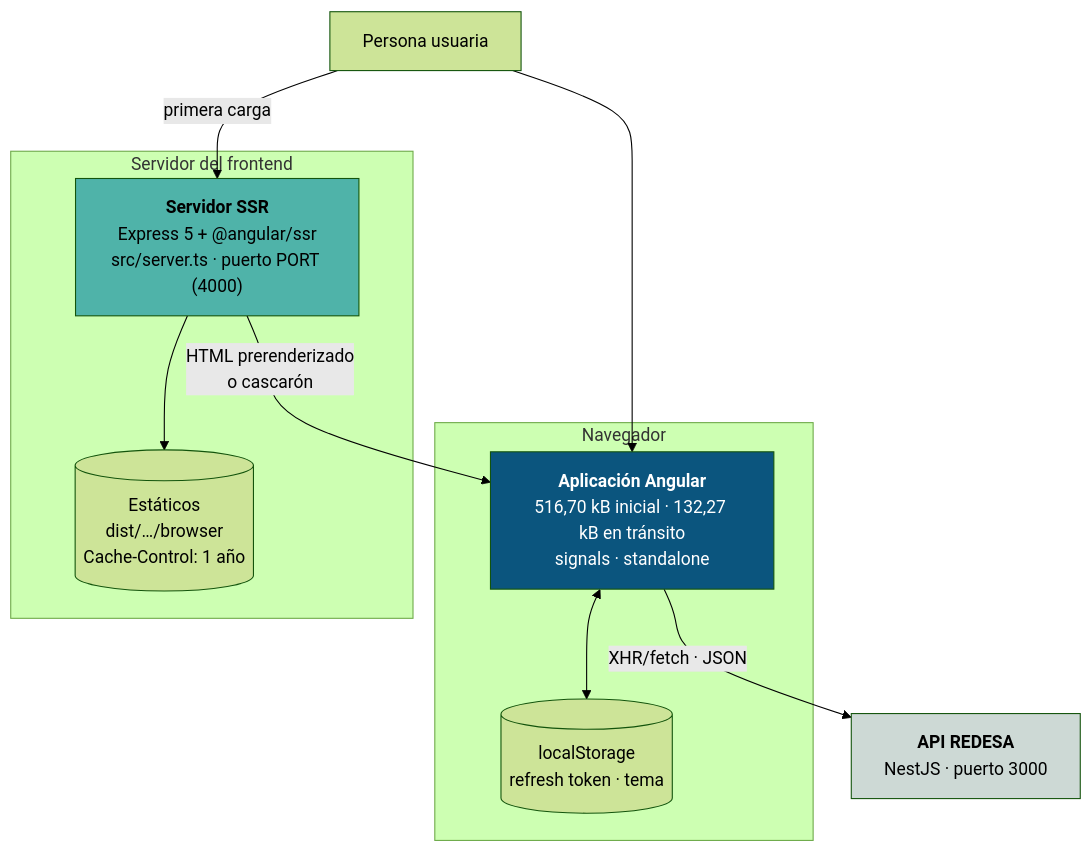
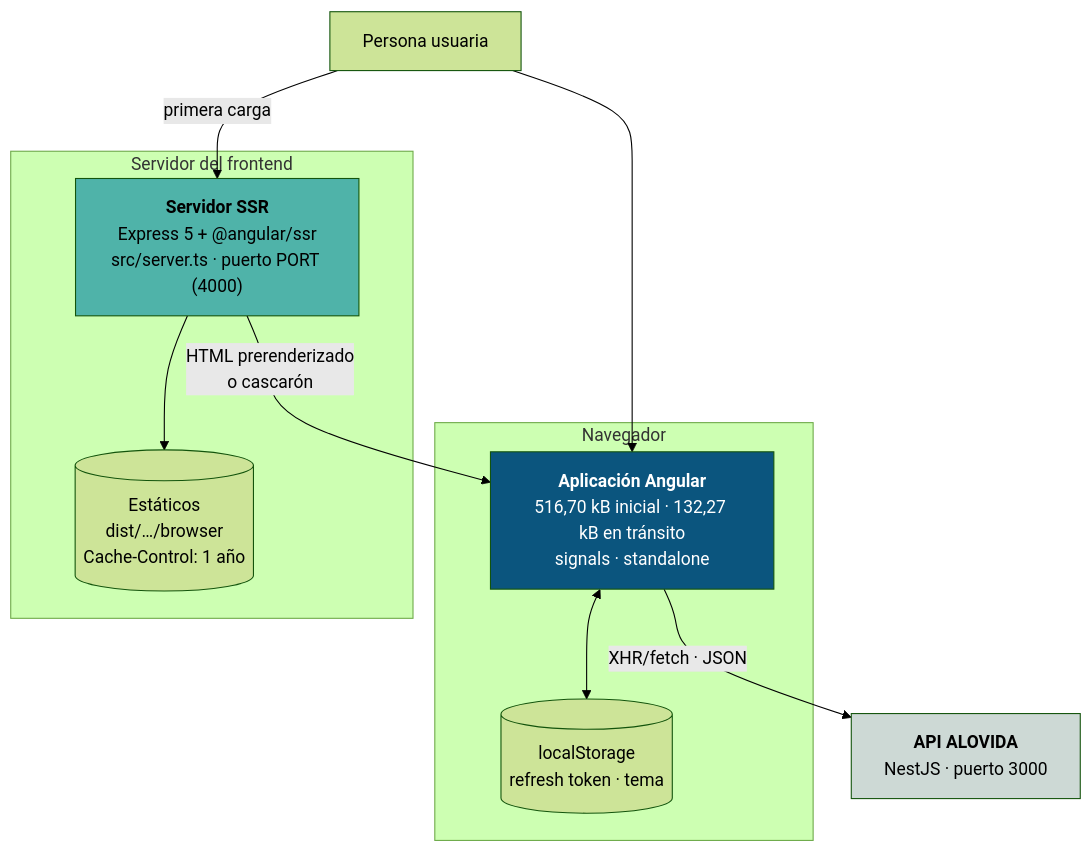
One commit to mdavila-2001/mantra-core-health changed the diagram in docs/architecture/containers.md. Above: the diagram before and after it, drawn with Mermaid (forest theme). The commit also changed 620 other files, not shown here.

First line of the commit message:
refactor(marca): fuera REDESA, VITARA y REDSAT — el nombre es ALOVIDA

````diff
--- a/docs/architecture/containers.md
+++ b/docs/architecture/containers.md
@@ -5,27 +5,27 @@
 ```mermaid
 graph TB
   U[Persona usuaria]
 
   subgraph NAV[Navegador]
     SPA["<b>Aplicación Angular</b><br/>516,70 kB inicial · 132,27 kB en tránsito<br/>signals · standalone"]
     LS[("localStorage<br/>refresh token · tema")]
   end
 
   subgraph HOST[Servidor del frontend]
     EX["<b>Servidor SSR</b><br/>Express 5 + @angular/ssr<br/>src/server.ts · puerto PORT (4000)"]
     ST[("Estáticos<br/>dist/…/browser<br/>Cache-Control: 1 año")]
   end
 
-  API["<b>API REDESA</b><br/>NestJS · puerto 3000"]
+  API["<b>API ALOVIDA</b><br/>NestJS · puerto 3000"]
 
   U --> SPA
   SPA <--> LS
   U -->|primera carga| EX
   EX --> ST
   EX -->|HTML prerenderizado<br/>o cascarón| SPA
   SPA -->|XHR/fetch · JSON| API
 
   style SPA fill:#0B557E,color:#fff
   style EX fill:#4FB3A9,color:#000
   style API fill:#CDD9D5,color:#000
 ```
````
